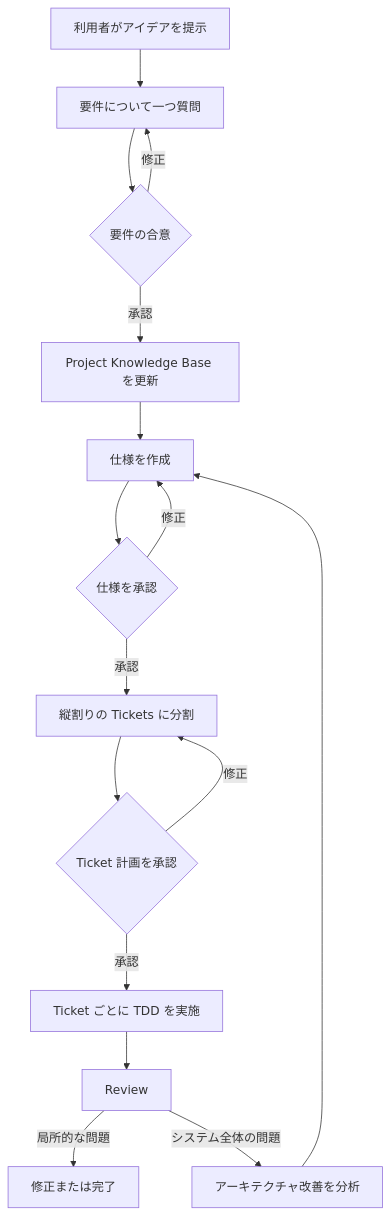
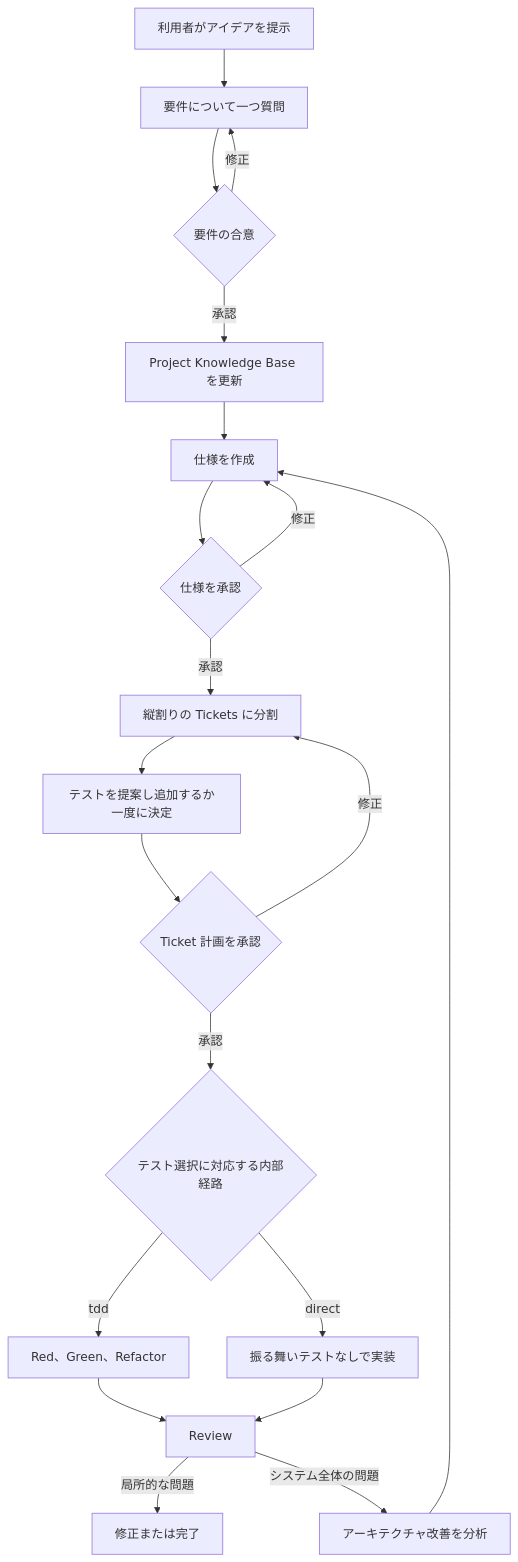
The diagram in docs/design/ai-development-skills.ja.md (Mysterio1001/Ask-Then-Do-It), drawn with Mermaid before and after one commit. The commit also changed other lines of this file and 94 other files, not shown here.

````diff
--- a/docs/design/ai-development-skills.ja.md
+++ b/docs/design/ai-development-skills.ja.md
@@ -29,18 +29,22 @@
 ```mermaid
 flowchart TD
     A["利用者がアイデアを提示"] --> B["要件について一つ質問"]
     B --> C{"要件の合意"}
     C -->|修正| B
     C -->|承認| D["Project Knowledge Base を更新"]
     D --> E["仕様を作成"]
     E --> F{"仕様を承認"}
     F -->|修正| E
     F -->|承認| G["縦割りの Tickets に分割"]
-    G --> H{"Ticket 計画を承認"}
-    H -->|修正| G
-    H -->|承認| I["Ticket ごとに TDD を実施"]
-    I --> J["Review"]
-    J -->|局所的な問題| K["修正または完了"]
-    J -->|システム全体の問題| L["アーキテクチャ改善を分析"]
-    L --> E
+    G --> H["テストを提案し追加するか一度に決定"]
+    H --> I{"Ticket 計画を承認"}
+    I -->|修正| G
+    I -->|承認| J{"テスト選択に対応する内部経路"}
+    J -->|tdd| K["Red、Green、Refactor"]
+    J -->|direct| L["振る舞いテストなしで実装"]
+    K --> M["Review"]
+    L --> M
+    M -->|局所的な問題| N["修正または完了"]
+    M -->|システム全体の問題| O["アーキテクチャ改善を分析"]
+    O --> E
 ```
````
